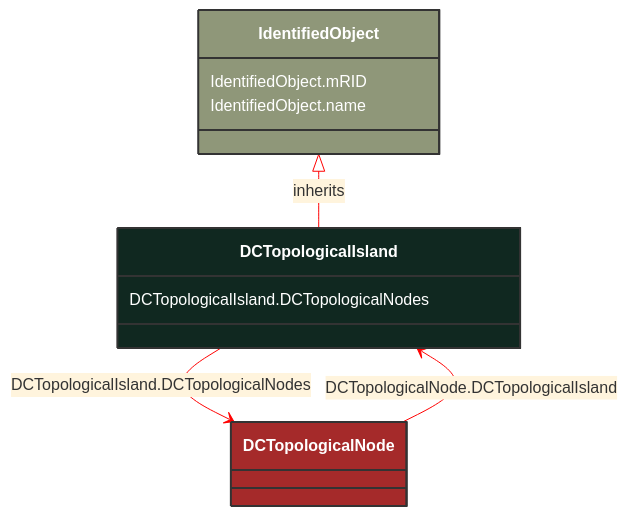
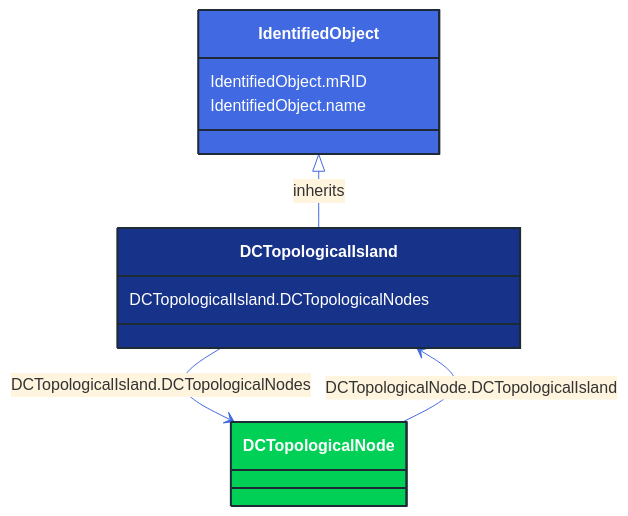
One commit to 3lbits/NoCIMExtensions changed the diagram in docs/Models/Profiles/StateVariables/ConcreteClasses/DCTopologicalIsland.md. Above: the diagram before and after it, drawn with Mermaid. The commit also changed 362 other files, not shown here.

First line of the commit message:
Update diagrams and styles for improved visual consistency

````diff
--- a/docs/Models/Profiles/StateVariables/ConcreteClasses/DCTopologicalIsland.md
+++ b/docs/Models/Profiles/StateVariables/ConcreteClasses/DCTopologicalIsland.md
@@ -11,28 +11,28 @@
 ```mermaid
-%%{init: {'theme':'base','themeVariables': {'lineColor': '#FF0000'}}}%%
+%%{init: {'theme':'base','themeVariables': {'lineColor': '#4169E1'}}}%%
 classDiagram
     class DCTopologicalIsland
     click DCTopologicalIsland href "/Models/Profiles/StateVariables/ConcreteClasses/DCTopologicalIsland/"
-    style DCTopologicalIsland fill:#102820,stroke:#333,stroke-width:2px,rx:10,ry:10,color:white
+    style DCTopologicalIsland fill:#163289,stroke:#1F2A37,stroke-width:2px,rx:10,ry:10,color:white
      
         IdentifiedObject <|-- DCTopologicalIsland : inherits
             click IdentifiedObject href "/Models/Profiles/StateVariables/AbstractClasses/IdentifiedObject/"
-            style IdentifiedObject fill:#8F9779,stroke:#333,stroke-width:2px,rx:10,ry:10,color:white
+            style IdentifiedObject fill:#4169E1,stroke:#1F2A37,stroke-width:2px,rx:10,ry:10,color:white
 
         DCTopologicalIsland --> DCTopologicalNode : DCTopologicalIsland.DCTopologicalNodes
 
         DCTopologicalNode
             click DCTopologicalNode href "/Models/Profiles/StateVariables/ConcreteClasses/DCTopologicalNode/"
-            style DCTopologicalNode fill:#A52A2A,stroke:#333,stroke-width:2px,rx:10,ry:10,color:white
+            style DCTopologicalNode fill:#00D156,stroke:#1F2A37,stroke-width:2px,rx:10,ry:10,color:white
 
         DCTopologicalNode --> DCTopologicalIsland : DCTopologicalNode.DCTopologicalIsland
 
         DCTopologicalNode
             click DCTopologicalNode href "/Models/Profiles/StateVariables/ConcreteClasses/DCTopologicalNode/"
-            style DCTopologicalNode fill:#A52A2A,stroke:#333,stroke-width:2px,rx:10,ry:10,color:white
+            style DCTopologicalNode fill:#00D156,stroke:#1F2A37,stroke-width:2px,rx:10,ry:10,color:white
 
 
         DCTopologicalIsland : DCTopologicalIsland.DCTopologicalNodes
         IdentifiedObject : IdentifiedObject.mRID
         IdentifiedObject : IdentifiedObject.name
 ```
````
